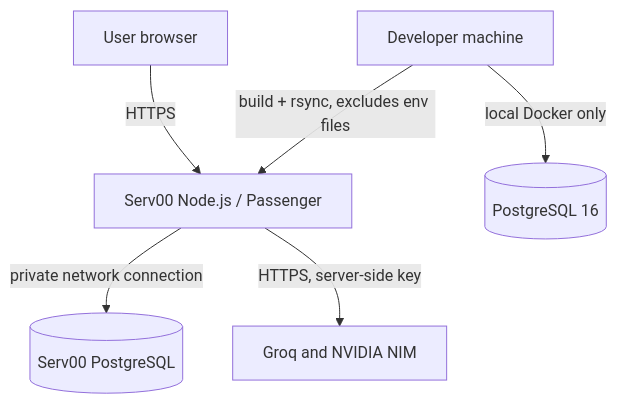
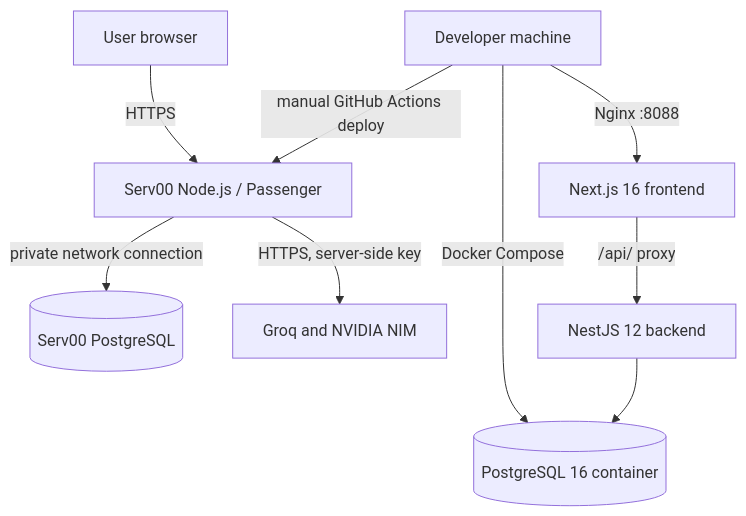
The third of 3 diagrams in docs/architecture.md (venturaproject/agents-orchestrator), drawn with Mermaid before and after one commit. The commit also changed other lines of this file and 126 other files, not shown here.

Commit message:
Migrate backend APIs to NestJS

````diff
--- a/docs/architecture.md
+++ b/docs/architecture.md
@@ -79,8 +90,11 @@
 ```mermaid
 flowchart TB
     User[User browser] -->|HTTPS| Serv00[Serv00 Node.js / Passenger]
     Serv00 -->|private network connection| PG[(Serv00 PostgreSQL)]
     Serv00 -->|HTTPS, server-side key| Providers[Groq and NVIDIA NIM]
-    Dev[Developer machine] -->|build + rsync, excludes env files| Serv00
-    Dev -->|local Docker only| LocalPG[(PostgreSQL 16)]
+    Dev[Developer machine] -->|manual GitHub Actions deploy| Serv00
+    Dev -->|Nginx :8088| LocalApp[Next.js 16 frontend]
+    LocalApp -->|/api/ proxy| LocalNest[NestJS 12 backend]
+    Dev -->|Docker Compose| LocalPG[(PostgreSQL 16 container)]
+    LocalNest --> LocalPG
 ```
````
